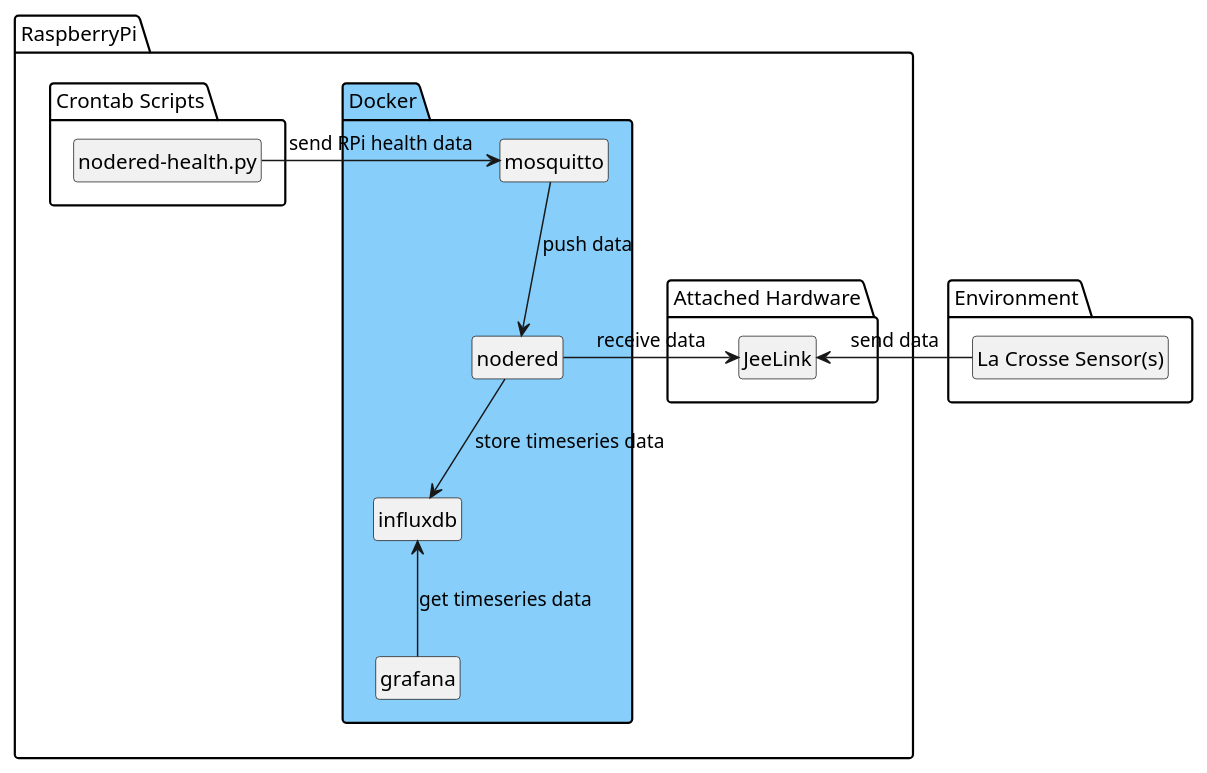
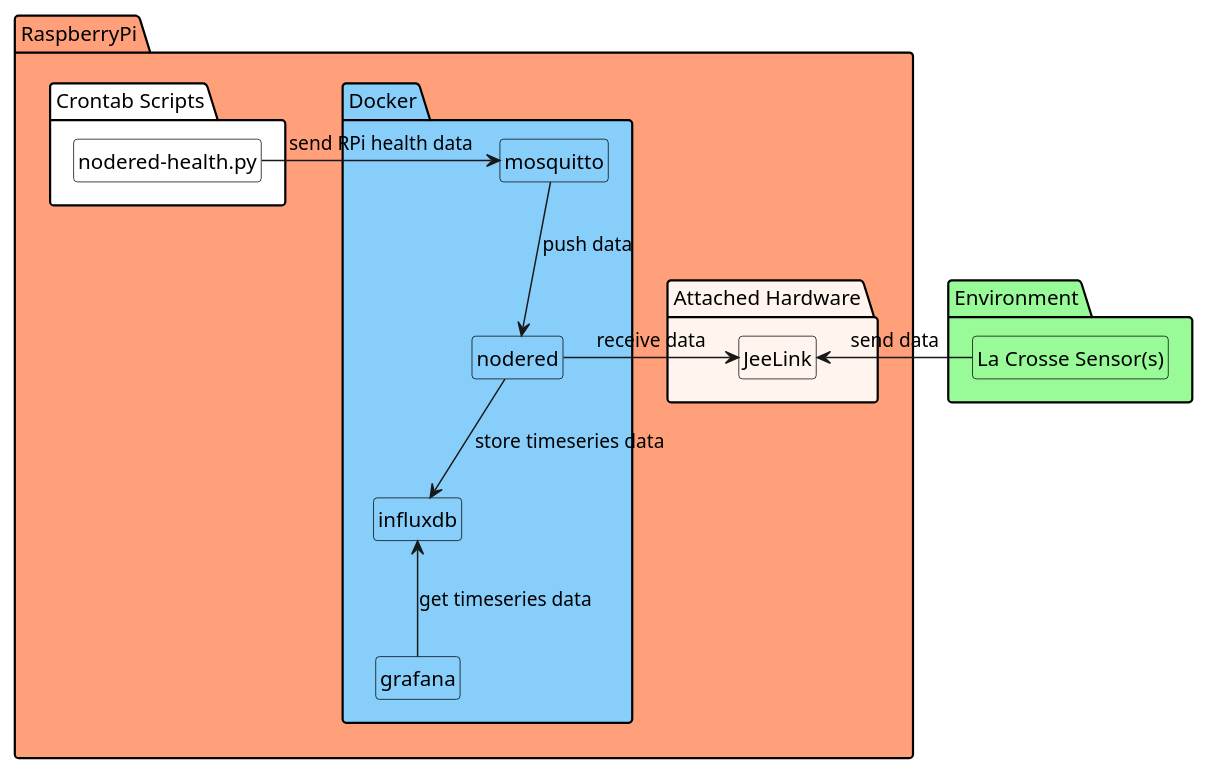
One commit to dArignac/smarthome changed the diagram in overview.puml. Above: the diagram before and after it, drawn with PlantUML.

Commit message:
adjusted puml style

```diff
--- a/overview.puml
+++ b/overview.puml
@@ -1,43 +1,53 @@
 @startuml
+skinparam shadowing false
+
 skinparam package {
   BackgroundColor white
   BorderColor black
   FontStyle italic bold
-  Shadowing false
 
+  BackgroundColor<<Environment>> PaleGreen
+  BackgroundColor<<RaspberryPi>> LightSalmon
+  BackgroundColor<<Hardware>> SeaShell
   BackgroundColor<<Docker>> LightSkyBlue
+}
+
+skinparam class {
+  BackgroundColor none
+  BorderColor Black
 }
 
 hide members
 hide circle
 hide stereotype
 
-package Environment {
+package Environment <<Environment>> {
   class "La Crosse Sensor(s)" as lacrosse
 }
 
-package RaspberryPi {
-  package "Attached Hardware" {
+package RaspberryPi <<RaspberryPi>> {
+  package "Attached Hardware" <<Hardware>> {
     class "JeeLink" as jeelink
   }
+
   package Docker <<Docker>> {
     class nodered
     class grafana
     class influxdb
     class mosquitto
 
     mosquitto -down-> nodered: push data
     nodered -down-> influxdb: store timeseries data
     grafana -up-> influxdb: get timeseries data
   }
 
   package "Crontab Scripts" {
     class "nodered-health.py" as pihealth
   }
 
   pihealth -right-> mosquitto: send RPi health data
 }
 
 lacrosse -left-> jeelink: send data
 jeelink <-right- nodered: receive data
 @enduml
```
